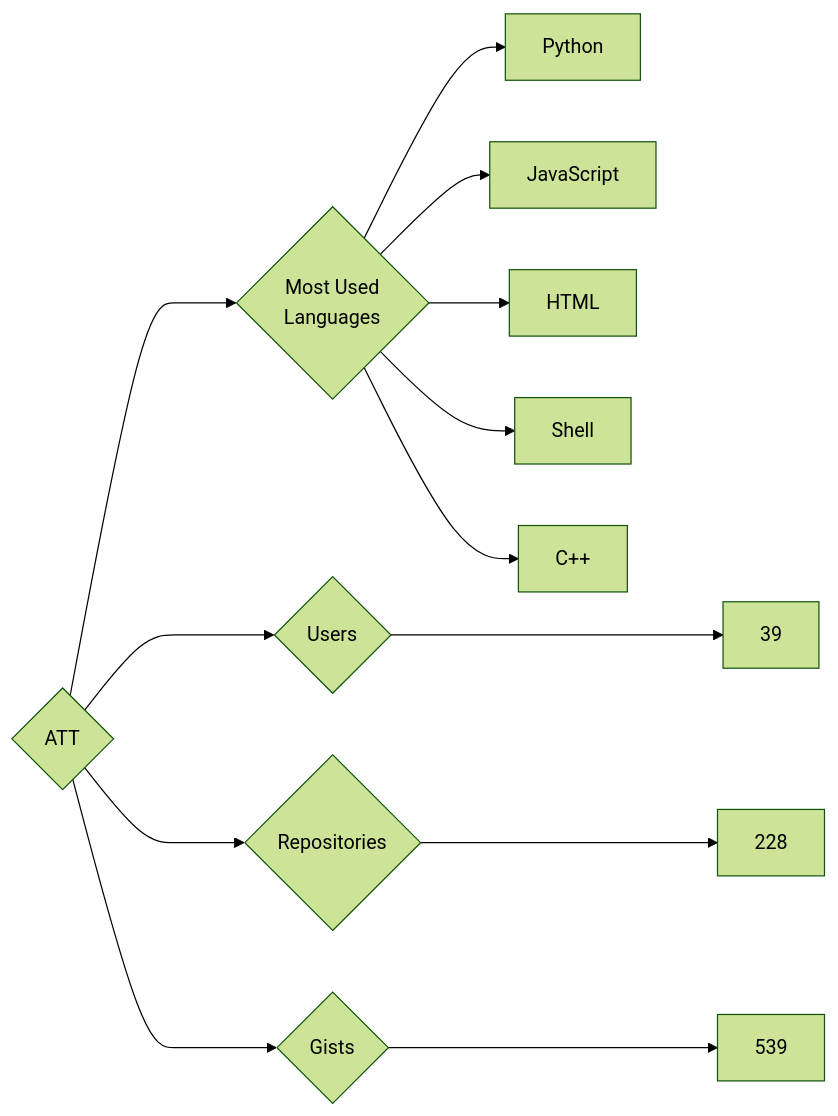
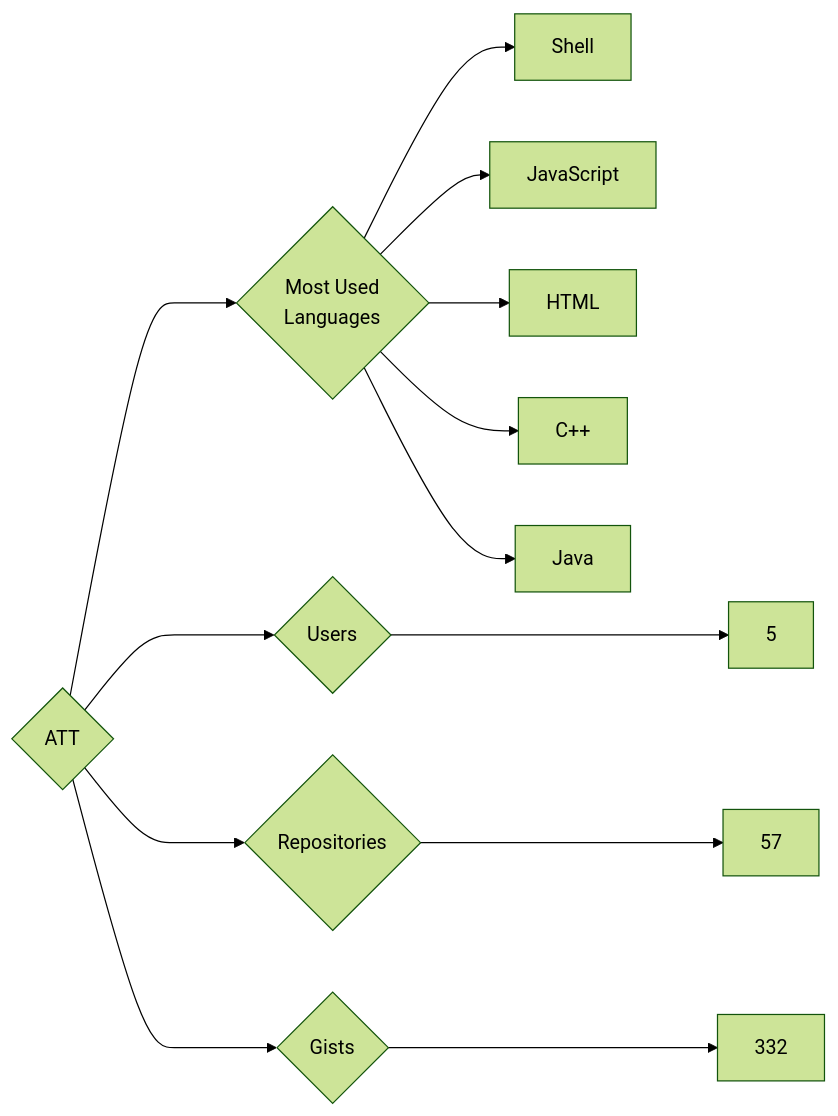
The diagram in targets/ATT/README.md (trickest/insiders), drawn with Mermaid (forest theme) before and after one commit. The commit also changed 900 other files, not shown here.

````diff
--- a/targets/ATT/README.md
+++ b/targets/ATT/README.md
@@ -3,13 +3,13 @@
 ```mermaid
 graph LR
 COMPANY_NAME{ATT}
-COMPANY_NAME ---> U{Users} ---> UN[39]
-COMPANY_NAME ---> R{Repositories} ---> RN[228]
-COMPANY_NAME ---> G{Gists} ---> GN[539]
+COMPANY_NAME ---> U{Users} ---> UN[5]
+COMPANY_NAME ---> R{Repositories} ---> RN[57]
+COMPANY_NAME ---> G{Gists} ---> GN[332]
 COMPANY_NAME ---> ML{Most Used<br>Languages}
-ML --> Python[Python]
+ML --> Shell[Shell]
 ML --> JavaScript[JavaScript]
 ML --> HTML[HTML]
-ML --> Shell[Shell]
 ML --> C++[C++]
+ML --> Java[Java]
 ```
````
